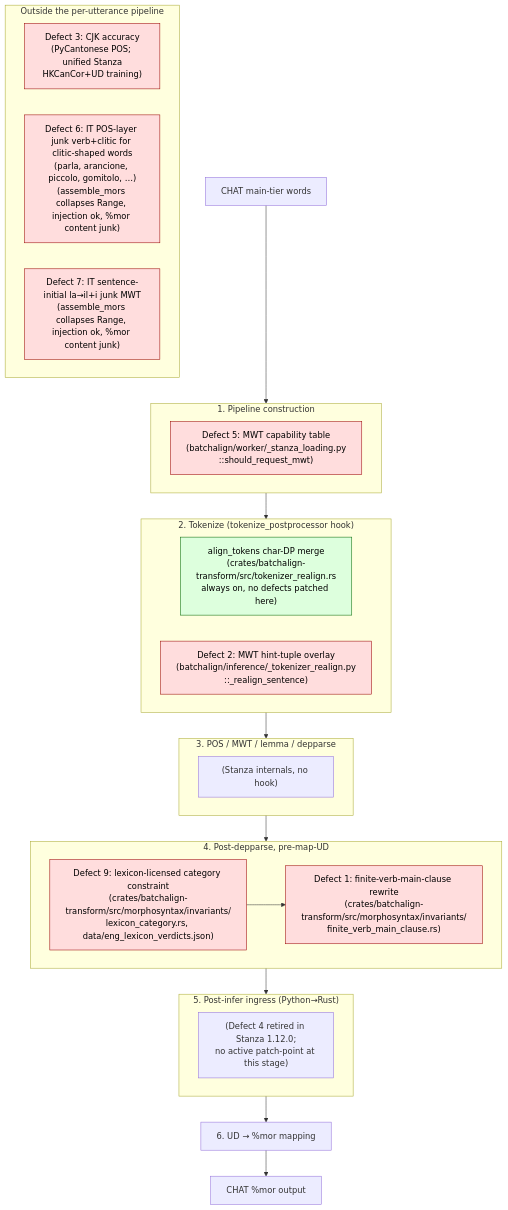
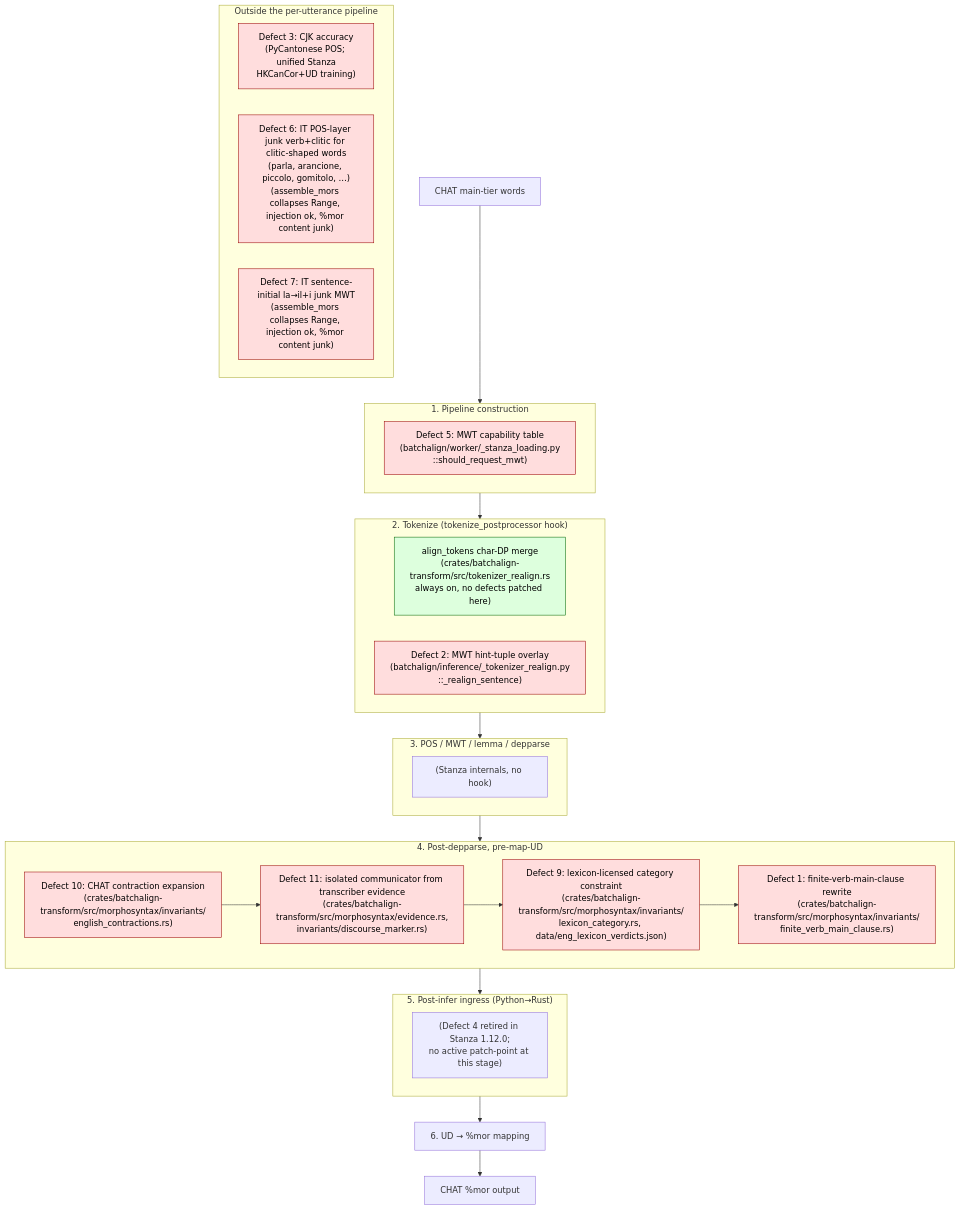
Before and after one commit to FranklinChen/talkbank-tools: the diagram in book/src/batchalign/architecture/stanza-defect-mitigation-map.md, drawn with Mermaid. The commit also changed other lines of this file and 13 other files, not shown here.

First line of the commit message:
Expand CHAT contractions and read pauses as evidence for tags

````diff
--- a/book/src/batchalign/architecture/stanza-defect-mitigation-map.md
+++ b/book/src/batchalign/architecture/stanza-defect-mitigation-map.md
@@ -22,49 +22,51 @@
 ```mermaid
 flowchart TD
     cha["CHAT main-tier words"] --> construct
 
     subgraph construct["1. Pipeline construction"]
         d5["Defect 5: MWT capability table\n(batchalign/worker/_stanza_loading.py\n::should_request_mwt)"]
     end
 
     construct --> tokenize
 
     subgraph tokenize["2. Tokenize (tokenize_postprocessor hook)"]
         dp["align_tokens char-DP merge\n(crates/batchalign-transform/src/tokenizer_realign.rs\nalways on, no defects patched here)"]
         d2["Defect 2: MWT hint-tuple overlay\n(batchalign/inference/_tokenizer_realign.py\n::_realign_sentence)"]
     end
 
     tokenize --> pos
 
     subgraph pos["3. POS / MWT / lemma / depparse"]
         pos_note["(Stanza internals, no hook)"]
     end
 
     pos --> postdep
 
     subgraph postdep["4. Post-depparse, pre-map-UD"]
+        d10["Defect 10: CHAT contraction expansion\n(crates/batchalign-transform/src/morphosyntax/invariants/\nenglish_contractions.rs)"]
+        d11["Defect 11: isolated communicator from transcriber evidence\n(crates/batchalign-transform/src/morphosyntax/evidence.rs,\ninvariants/discourse_marker.rs)"]
         d9["Defect 9: lexicon-licensed category constraint\n(crates/batchalign-transform/src/morphosyntax/invariants/\nlexicon_category.rs, data/eng_lexicon_verdicts.json)"]
         d1["Defect 1: finite-verb-main-clause rewrite\n(crates/batchalign-transform/src/morphosyntax/invariants/\nfinite_verb_main_clause.rs)"]
-        d9 --> d1
+        d10 --> d11 --> d9 --> d1
     end
 
     postdep --> ingress
 
     subgraph ingress["5. Post-infer ingress (Python→Rust)"]
         ingress_note["(Defect 4 retired in Stanza 1.12.0;\nno active patch-point at this stage)"]
     end
 
     ingress --> mapud["6. UD → %mor mapping"]
     mapud --> chaout["CHAT %mor output"]
 
     subgraph outside["Outside the per-utterance pipeline"]
         d3["Defect 3: CJK accuracy\n(PyCantonese POS; unified Stanza\nHKCanCor+UD training)"]
         d6["Defect 6: IT POS-layer junk verb+clitic for clitic-shaped words\n(parla, arancione, piccolo, gomitolo, …)\n(assemble_mors collapses Range, \ninjection ok, %mor content junk)"]
         d7["Defect 7: IT sentence-initial la→il+i junk MWT\n(assemble_mors collapses Range, \ninjection ok, %mor content junk)"]
     end
 
     classDef defect fill:#fdd,stroke:#900,color:#000
     classDef dp fill:#dfd,stroke:#060,color:#000
-    class d1,d2,d3,d5,d6,d7,d9 defect
+    class d1,d2,d3,d5,d6,d7,d9,d10,d11 defect
     class dp dp
 ```
````
